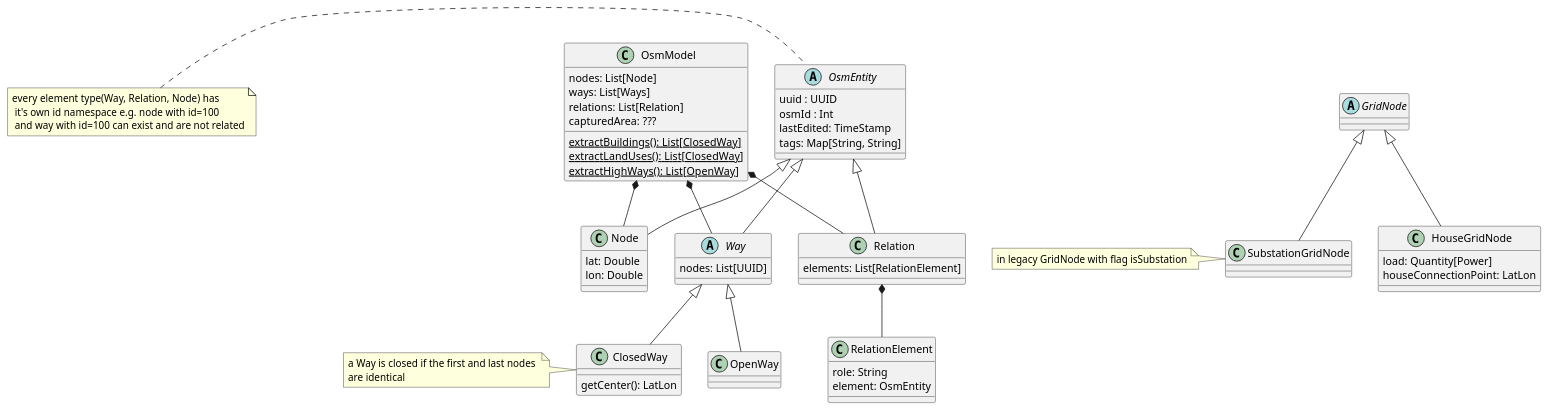
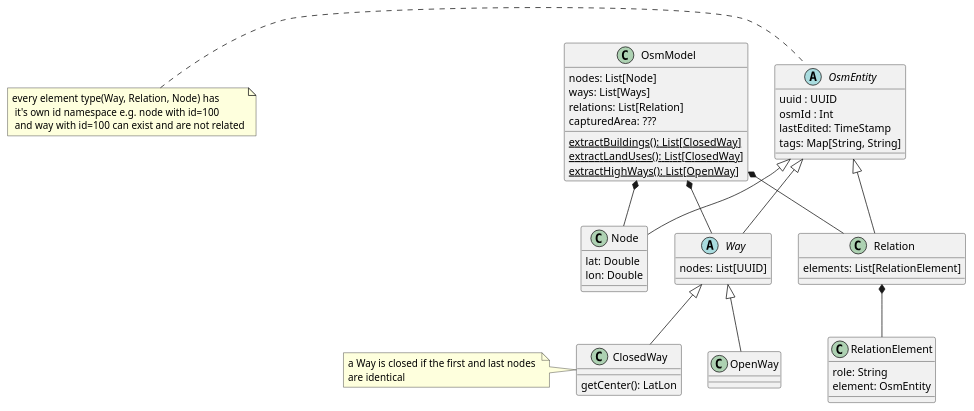
One commit to ie3-institute/PowerSystemUtils changed the diagram in docs/OsmModel.puml. Above: the diagram before and after it, drawn with PlantUML.

```diff
--- a/docs/OsmModel.puml
+++ b/docs/OsmModel.puml
@@ -1,76 +1,62 @@
 @startuml
 
 class OsmModel {
     nodes: List[Node]
     ways: List[Ways]
     relations: List[Relation]
     capturedArea: ???
     {static} extractBuildings(): List[ClosedWay]
     {static} extractLandUses(): List[ClosedWay]
     {static} extractHighWays(): List[OpenWay]
 }
 note left of OsmModel::"getHighWays(): List[OpenWay]"
     If roundabouts are closed ways this might not work
 end note
 
 abstract Class OsmEntity {
     uuid : UUID
     osmId : Int
     lastEdited: TimeStamp
     tags: Map[String, String]
 }
 note left: every element type(Way, Relation, Node) has \n it's own id namespace e.g. node with id=100 \n and way with id=100 can exist and are not related
 
 
 Class Node {
     lat: Double
     lon: Double
 }
 
 abstract Class Way {
     nodes: List[UUID]
 }
 
 Class OpenWay {
 }
 
 Class ClosedWay {
 getCenter(): LatLon
 }
 note left: a Way is closed if the first and last nodes \nare identical
 
 Class Relation {
     elements: List[RelationElement]
 }
 
 Class RelationElement {
     role: String
     element: OsmEntity
 }
 
-abstract Class GridNode {
-}
-
-Class HouseGridNode {
-    load: Quantity[Power]
-    houseConnectionPoint: LatLon
-}
-
-Class SubstationGridNode {
-}
-note left: in legacy GridNode with flag isSubstation
-
 OsmModel *-- Node
 OsmModel *-- Way
 OsmModel *-- Relation
 OsmEntity <|-- Node
 OsmEntity <|-- Way
 OsmEntity <|-- Relation
 Relation *-- RelationElement
 Way <|-- OpenWay
 Way <|-- ClosedWay
-GridNode <|-- HouseGridNode
-GridNode <|-- SubstationGridNode
 
 
 @enduml
```
